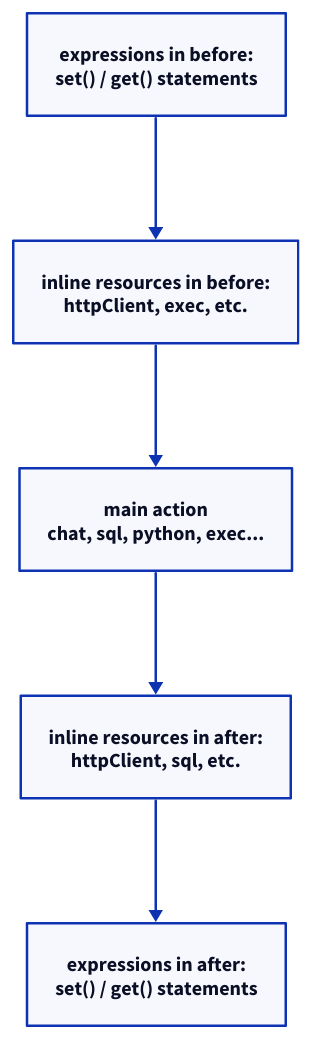
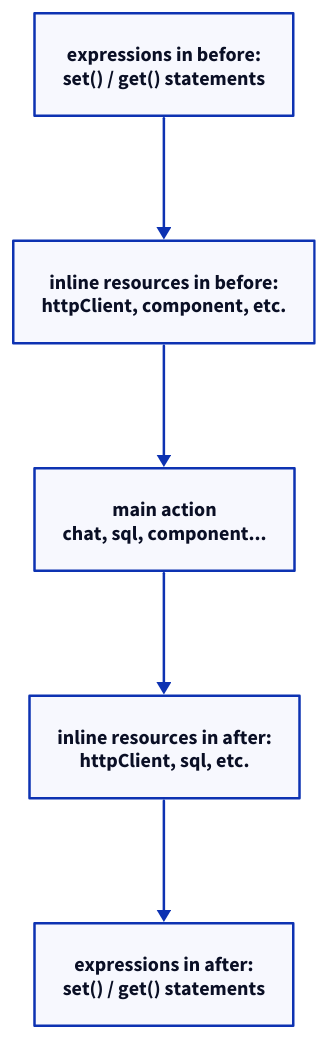
One commit to kdeps/kdeps changed the diagram in docs/v2/workflow/inline-resources.md. Above: the diagram before and after it, drawn with D2. The commit also changed other lines of this file and 114 other files, not shown here.

First line of the commit message:
feat(api): run exec and python through their components (#1114)

````diff
--- a/docs/v2/workflow/inline-resources.md
+++ b/docs/v2/workflow/inline-resources.md
@@ -45,11 +51,11 @@
 ```d2
 direction: down
 
 A: "expressions in before:\nset() / get() statements"
-B: "inline resources in before:\nhttpClient, exec, etc."
-C: "main action\nchat, sql, python, exec..."
+B: "inline resources in before:\nhttpClient, component, etc."
+C: "main action\nchat, sql, component..."
 D: "inline resources in after:\nhttpClient, sql, etc."
 E: "expressions in after:\nset() / get() statements"
 
 A -> B -> C -> D -> E
 ```
````
